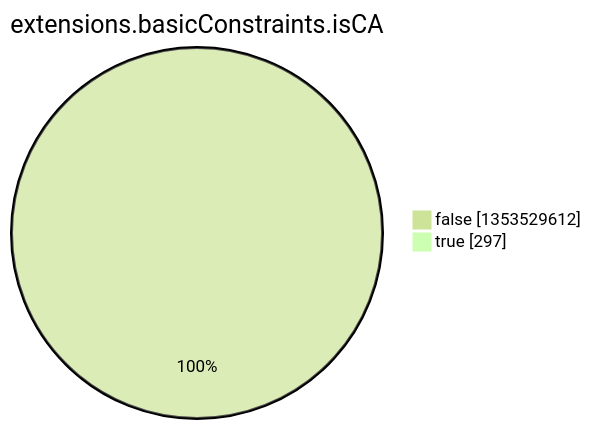
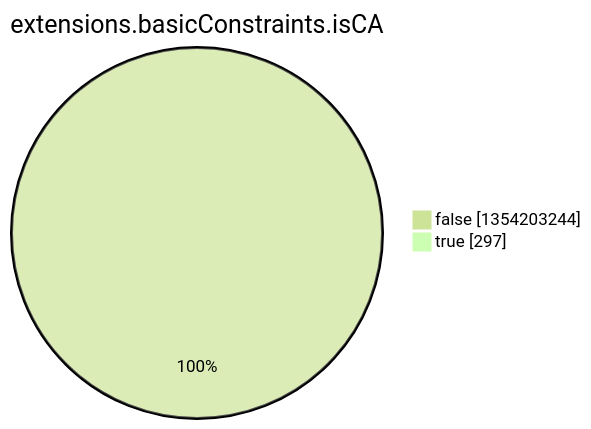
One commit to christiankrug/ctmonitor_visualization changed the eighth of 15 diagrams in argon2022/README.md. Above: the diagram before and after it, drawn with Mermaid (forest theme). The commit also changed other lines of this file, not shown here.

````diff
--- a/argon2022/README.md
+++ b/argon2022/README.md
@@ -2758,6 +2758,6 @@
 ```mermaid
 pie showData
 title extensions.basicConstraints.isCA
-"false" :1353529612
+"false" :1354203244
 "true" :297
 ```
````
